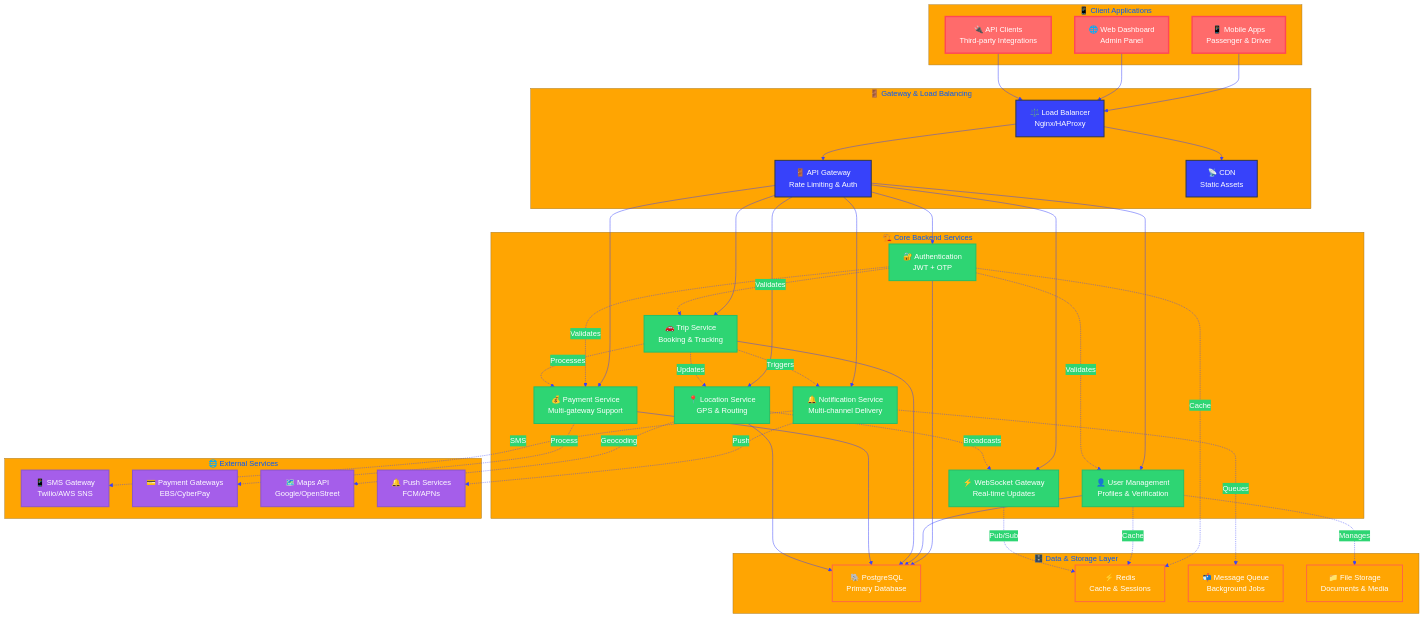
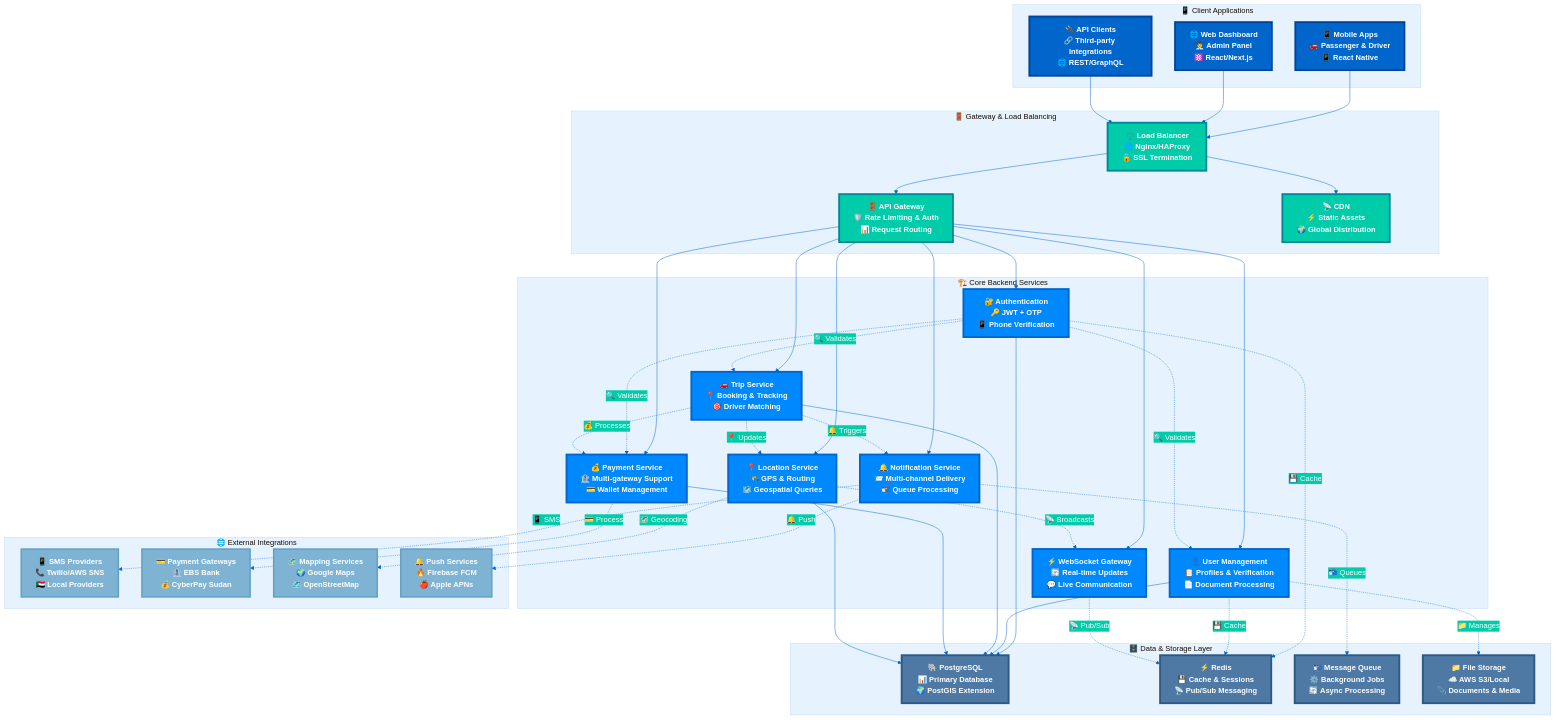
Before and after one commit to abdoElHodaky/transportapp: the first of 7 diagrams in docs/ARCHITECTURE_UPDATED.md, drawn with Mermaid. The commit also changed other lines of this file and 1 other file, not shown here.

````diff
--- a/docs/ARCHITECTURE_UPDATED.md
+++ b/docs/ARCHITECTURE_UPDATED.md
@@ -24,59 +24,59 @@
 %%{init: {
   'theme': 'base',
   'themeVariables': {
-    'primaryColor': '#ff6b6b',
+    'primaryColor': '#0066cc',
     'primaryTextColor': '#ffffff',
-    'primaryBorderColor': '#ff4757',
-    'lineColor': '#3742fa',
-    'secondaryColor': '#2ed573',
-    'tertiaryColor': '#ffa502',
-    'background': '#1e1e1e',
-    'mainBkg': '#2f3542',
-    'secondBkg': '#57606f',
-    'tertiaryBkg': '#747d8c'
+    'primaryBorderColor': '#004499',
+    'lineColor': '#0066cc',
+    'secondaryColor': '#00ccaa',
+    'tertiaryColor': '#e6f3ff',
+    'background': '#ffffff',
+    'mainBkg': '#0066cc',
+    'secondBkg': '#00ccaa',
+    'tertiaryBkg': '#e6f3ff'
   }
 }}%%
 
 graph TB
     %% Client Applications
     subgraph "📱 Client Applications"
-        MOBILE[📱 Mobile Apps<br/>Passenger & Driver]
-        WEB[🌐 Web Dashboard<br/>Admin Panel]
-        API_CLIENTS[🔌 API Clients<br/>Third-party Integrations]
+        MOBILE[📱 Mobile Apps<br/>🚗 Passenger & Driver<br/>📱 React Native]
+        WEB[🌐 Web Dashboard<br/>👨‍💼 Admin Panel<br/>⚛️ React/Next.js]
+        API_CLIENTS[🔌 API Clients<br/>🔗 Third-party Integrations<br/>🌐 REST/GraphQL]
     end
     
     %% Gateway Layer
     subgraph "🚪 Gateway & Load Balancing"
-        LB[⚖️ Load Balancer<br/>Nginx/HAProxy]
-        GATEWAY[🚪 API Gateway<br/>Rate Limiting & Auth]
-        CDN[📡 CDN<br/>Static Assets]
+        LB[⚖️ Load Balancer<br/>🌐 Nginx/HAProxy<br/>🔒 SSL Termination]
+        GATEWAY[🚪 API Gateway<br/>🛡️ Rate Limiting & Auth<br/>📊 Request Routing]
+        CDN[📡 CDN<br/>⚡ Static Assets<br/>🌍 Global Distribution]
     end
     
     %% Core Services
     subgraph "🏗️ Core Backend Services"
-        AUTH[🔐 Authentication<br/>JWT + OTP]
-        USER[👤 User Management<br/>Profiles & Verification]
-        TRIP[🚗 Trip Service<br/>Booking & Tracking]
-        PAYMENT[💰 Payment Service<br/>Multi-gateway Support]
-        LOCATION[📍 Location Service<br/>GPS & Routing]
-        NOTIFY[🔔 Notification Service<br/>Multi-channel Delivery]
-        WEBSOCKET[⚡ WebSocket Gateway<br/>Real-time Updates]
+        AUTH[🔐 Authentication<br/>🔑 JWT + OTP<br/>📱 Phone Verification]
+        USER[👤 User Management<br/>📋 Profiles & Verification<br/>📄 Document Processing]
+        TRIP[🚗 Trip Service<br/>📍 Booking & Tracking<br/>🎯 Driver Matching]
+        PAYMENT[💰 Payment Service<br/>🏦 Multi-gateway Support<br/>💳 Wallet Management]
+        LOCATION[📍 Location Service<br/>🛰️ GPS & Routing<br/>🗺️ Geospatial Queries]
+        NOTIFY[🔔 Notification Service<br/>📨 Multi-channel Delivery<br/>📬 Queue Processing]
+        WEBSOCKET[⚡ WebSocket Gateway<br/>🔄 Real-time Updates<br/>💬 Live Communication]
     end
     
     %% Data Layer
     subgraph "🗄️ Data & Storage Layer"
-        POSTGRES[🐘 PostgreSQL<br/>Primary Database]
-        REDIS[⚡ Redis<br/>Cache & Sessions]
-        QUEUE[📬 Message Queue<br/>Background Jobs]
-        FILES[📁 File Storage<br/>Documents & Media]
+        POSTGRES[🐘 PostgreSQL<br/>📊 Primary Database<br/>🌍 PostGIS Extension]
+        REDIS[⚡ Redis<br/>💾 Cache & Sessions<br/>📡 Pub/Sub Messaging]
+        QUEUE[📬 Message Queue<br/>⚙️ Background Jobs<br/>🔄 Async Processing]
+        FILES[📁 File Storage<br/>☁️ AWS S3/Local<br/>📎 Documents & Media]
     end
     
     %% External Services
-    subgraph "🌐 External Services"
-        SMS_GATEWAY[📱 SMS Gateway<br/>Twilio/AWS SNS]
-        PAYMENT_GW[💳 Payment Gateways<br/>EBS/CyberPay]
-        MAPS[🗺️ Maps API<br/>Google/OpenStreet]
-        PUSH[🔔 Push Services<br/>FCM/APNs]
+    subgraph "🌐 External Integrations"
+        SMS_GATEWAY[📱 SMS Providers<br/>📞 Twilio/AWS SNS<br/>🇸🇩 Local Providers]
+        PAYMENT_GW[💳 Payment Gateways<br/>🏦 EBS Bank<br/>💰 CyberPay Sudan]
+        MAPS[🗺️ Mapping Services<br/>🌍 Google Maps<br/>🗺️ OpenStreetMap]
+        PUSH[🔔 Push Services<br/>🔥 Firebase FCM<br/>🍎 Apple APNs]
     end
 
     %% Connections
@@ -95,17 +95,17 @@
     GATEWAY --> WEBSOCKET
 
     %% Service Interconnections
-    AUTH -.->|Validates| USER
-    AUTH -.->|Validates| TRIP
-    AUTH -.->|Validates| PAYMENT
+    AUTH -.->|🔍 Validates| USER
+    AUTH -.->|🔍 Validates| TRIP
+    AUTH -.->|🔍 Validates| PAYMENT
     
-    TRIP -.->|Updates| LOCATION
-    TRIP -.->|Triggers| NOTIFY
-    TRIP -.->|Processes| PAYMENT
+    TRIP -.->|📍 Updates| LOCATION
+    TRIP -.->|🔔 Triggers| NOTIFY
+    TRIP -.->|💰 Processes| PAYMENT
     
-    USER -.->|Manages| FILES
-    NOTIFY -.->|Queues| QUEUE
-    LOCATION -.->|Broadcasts| WEBSOCKET
+    USER -.->|📁 Manages| FILES
+    NOTIFY -.->|📬 Queues| QUEUE
+    LOCATION -.->|📡 Broadcasts| WEBSOCKET
 
     %% Database Connections
     AUTH --> POSTGRES
@@ -114,26 +114,26 @@
     PAYMENT --> POSTGRES
     LOCATION --> POSTGRES
     
-    AUTH -.->|Cache| REDIS
-    USER -.->|Cache| REDIS
-    WEBSOCKET -.->|Pub/Sub| REDIS
+    AUTH -.->|💾 Cache| REDIS
+    USER -.->|💾 Cache| REDIS
+    WEBSOCKET -.->|📡 Pub/Sub| REDIS
 
     %% External Connections
-    NOTIFY -.->|SMS| SMS_GATEWAY
-    PAYMENT -.->|Process| PAYMENT_GW
-    LOCATION -.->|Geocoding| MAPS
-    NOTIFY -.->|Push| PUSH
+    NOTIFY -.->|📱 SMS| SMS_GATEWAY
+    PAYMENT -.->|💳 Process| PAYMENT_GW
+    LOCATION -.->|🗺️ Geocoding| MAPS
+    NOTIFY -.->|🔔 Push| PUSH
 
-    %% Styling
-    classDef clientStyle fill:#ff6b6b,stroke:#ff4757,stroke-width:3px,color:#fff
-    classDef gatewayStyle fill:#3742fa,stroke:#2f3542,stroke-width:2px,color:#fff
-    classDef serviceStyle fill:#2ed573,stroke:#20bf6b,stroke-width:2px,color:#fff
-    classDef dataStyle fill:#ffa502,stroke:#ff6348,stroke-width:2px,color:#fff
-    classDef externalStyle fill:#a55eea,stroke:#8854d0,stroke-width:2px,color:#fff
+    %% Eye-catching Architecture Styling
+    classDef clientLayer fill:#0066cc,stroke:#004499,stroke-width:4px,color:#ffffff,font-weight:bold
+    classDef gatewayLayer fill:#00ccaa,stroke:#008899,stroke-width:4px,color:#ffffff,font-weight:bold
+    classDef serviceLayer fill:#0088ff,stroke:#0066cc,stroke-width:4px,color:#ffffff,font-weight:bold
+    classDef dataLayer fill:#4d79a4,stroke:#2e5984,stroke-width:4px,color:#ffffff,font-weight:bold
+    classDef externalLayer fill:#7fb3d3,stroke:#5f9fc3,stroke-width:3px,color:#ffffff,font-weight:bold
 
-    class MOBILE,WEB,API_CLIENTS clientStyle
-    class LB,GATEWAY,CDN gatewayStyle
-    class AUTH,USER,TRIP,PAYMENT,LOCATION,NOTIFY,WEBSOCKET serviceStyle
-    class POSTGRES,REDIS,QUEUE,FILES dataStyle
-    class SMS_GATEWAY,PAYMENT_GW,MAPS,PUSH externalStyle
+    class MOBILE,WEB,API_CLIENTS clientLayer
+    class LB,GATEWAY,CDN gatewayLayer
+    class AUTH,USER,TRIP,PAYMENT,LOCATION,NOTIFY,WEBSOCKET serviceLayer
+    class POSTGRES,REDIS,QUEUE,FILES dataLayer
+    class SMS_GATEWAY,PAYMENT_GW,MAPS,PUSH externalLayer
 ```
````
